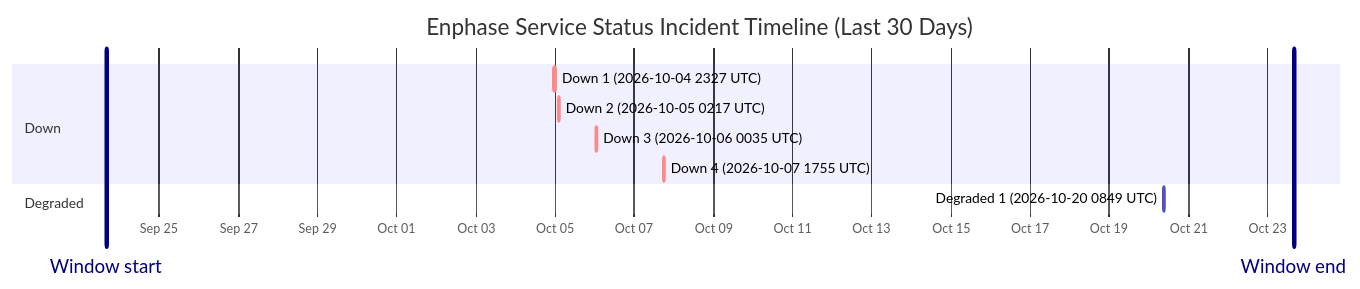
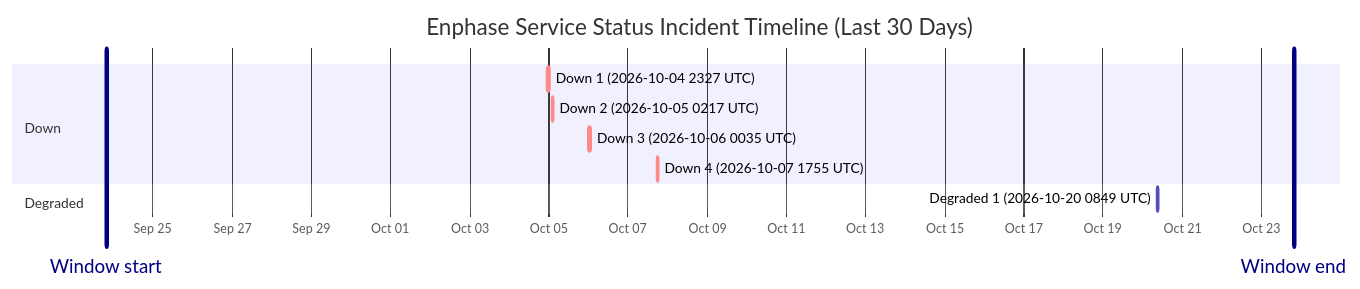
Before and after one commit to barneyonline/ha-enphase-energy: the diagram in wiki/Service-Status-History.md, drawn with Mermaid. The commit also changed other lines of this file and 3 other files, not shown here.

````diff
--- a/wiki/Service-Status-History.md
+++ b/wiki/Service-Status-History.md
@@ -14,15 +14,15 @@
 ```mermaid
 gantt
     title Enphase Service Status Incident Timeline (Last 30 Days)
     dateFormat  YYYY-MM-DDTHH:mm:ss
     axisFormat  %b %d
-    Window start :vert, window-start, 2026-09-23T15:48:55, 0ms
-    Window end :vert, window-end, 2026-10-23T15:48:55, 0ms
+    Window start :vert, window-start, 2026-09-23T19:46:47, 0ms
+    Window end :vert, window-end, 2026-10-23T19:46:47, 0ms
     section Down
     Down 1 (2026-10-04 2327 UTC) :crit, down-1, 2026-10-04T23:27:34, 60m
     Down 2 (2026-10-05 0217 UTC) :crit, down-2, 2026-10-05T02:17:30, 60m
     Down 3 (2026-10-06 0035 UTC) :crit, down-3, 2026-10-06T00:35:21, 60m
     Down 4 (2026-10-07 1755 UTC) :crit, down-4, 2026-10-07T17:55:16, 60m
     section Degraded
     Degraded 1 (2026-10-20 0849 UTC) :active, degraded-1, 2026-10-20T08:49:49, 60m
 ```
````
